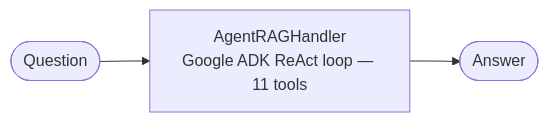
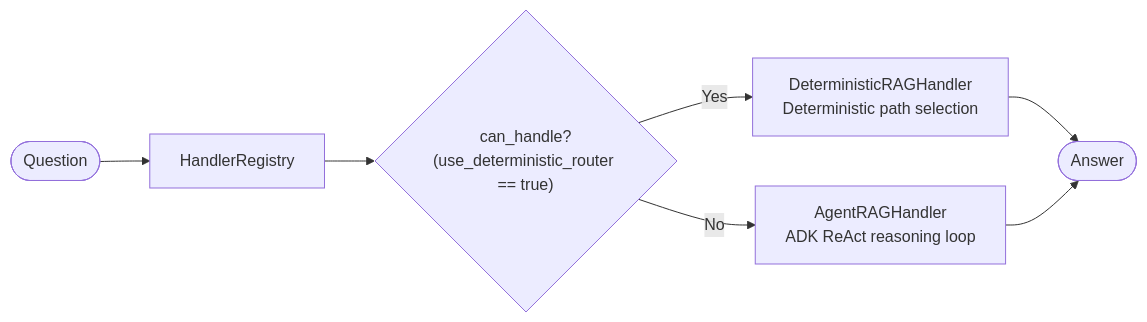
One commit to Kitabim-AI/kitabim-ai changed the second of 3 diagrams in docs/main/QUESTION_ANSWERING_DIAGRAM.md. Above: the diagram before and after it, drawn with Mermaid. The commit also changed other lines of this file and 40 other files, not shown here.

````diff
--- a/docs/main/QUESTION_ANSWERING_DIAGRAM.md
+++ b/docs/main/QUESTION_ANSWERING_DIAGRAM.md
@@ -56,5 +76,9 @@
 ```mermaid
 flowchart LR
-    Q([Question]) --> RAGENT["AgentRAGHandler<br/>Google ADK ReAct loop — 11 tools"]
-    RAGENT --> ANS([Answer])
+    Q([Question]) --> REG["HandlerRegistry"]
+    REG --> CAN_DET{"can_handle?<br/>(use_deterministic_router == true)"}
+    CAN_DET -- Yes --> DET["DeterministicRAGHandler<br/>Deterministic path selection"]
+    CAN_DET -- No --> ADK["AgentRAGHandler<br/>ADK ReAct reasoning loop"]
+    DET --> ANS([Answer])
+    ADK --> ANS([Answer])
 ```
````
